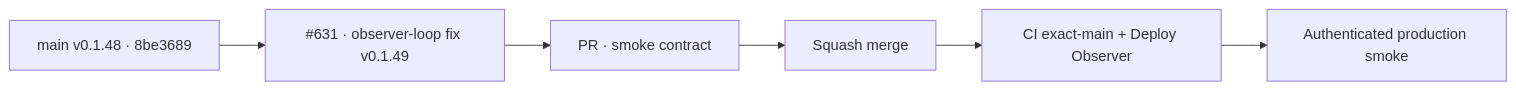
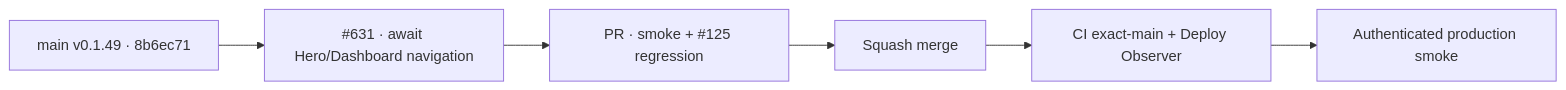
The diagram in README.md (pl0n3r/brvtal), drawn with Mermaid before and after one commit. The commit also changed other lines of this file and 3 other files, not shown here.

First line of the commit message:
test(production): await repeated Hero navigation (#644)

````diff
--- a/README.md
+++ b/README.md
@@ -50,6 +50,6 @@
 ```mermaid
 flowchart LR
- B["main v0.1.48 · 8be3689"] --> F["#631 · observer-loop fix v0.1.49"]
- F --> P["PR · smoke contract"] --> M["Squash merge"]
+ B["main v0.1.49 · 8b6ec71"] --> F["#631 · await Hero/Dashboard navigation"]
+ F --> P["PR · smoke + #125 regression"] --> M["Squash merge"]
  M --> C["CI exact-main + Deploy Observer"] --> S["Authenticated production smoke"]
 ```
````
